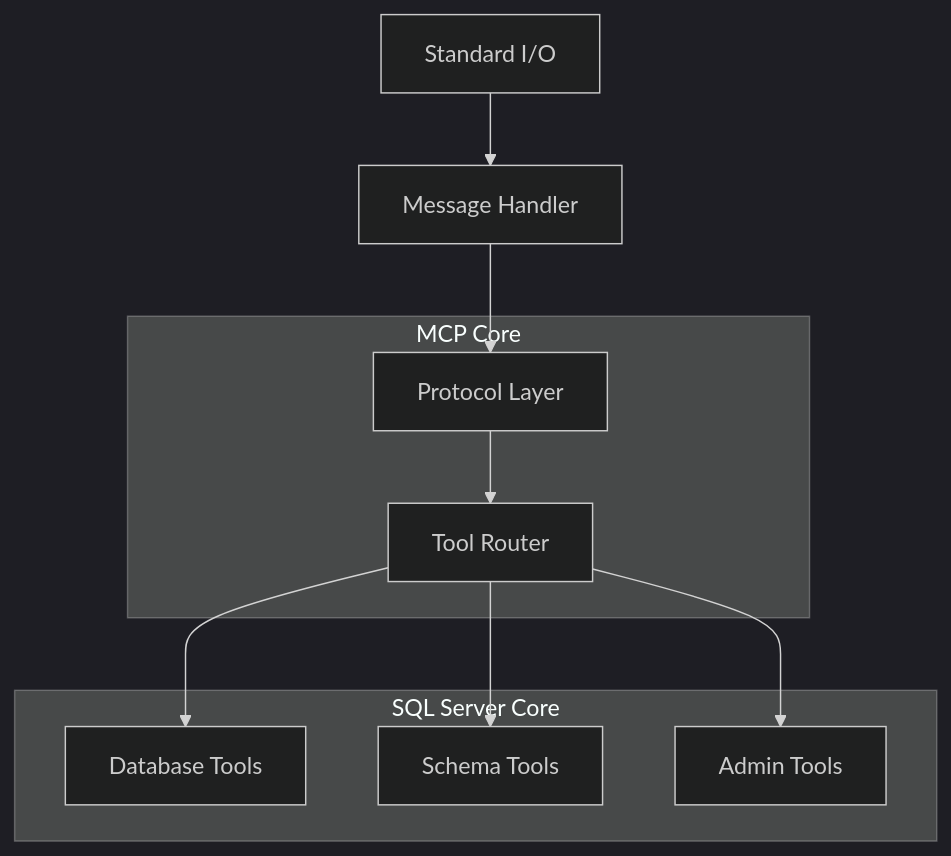
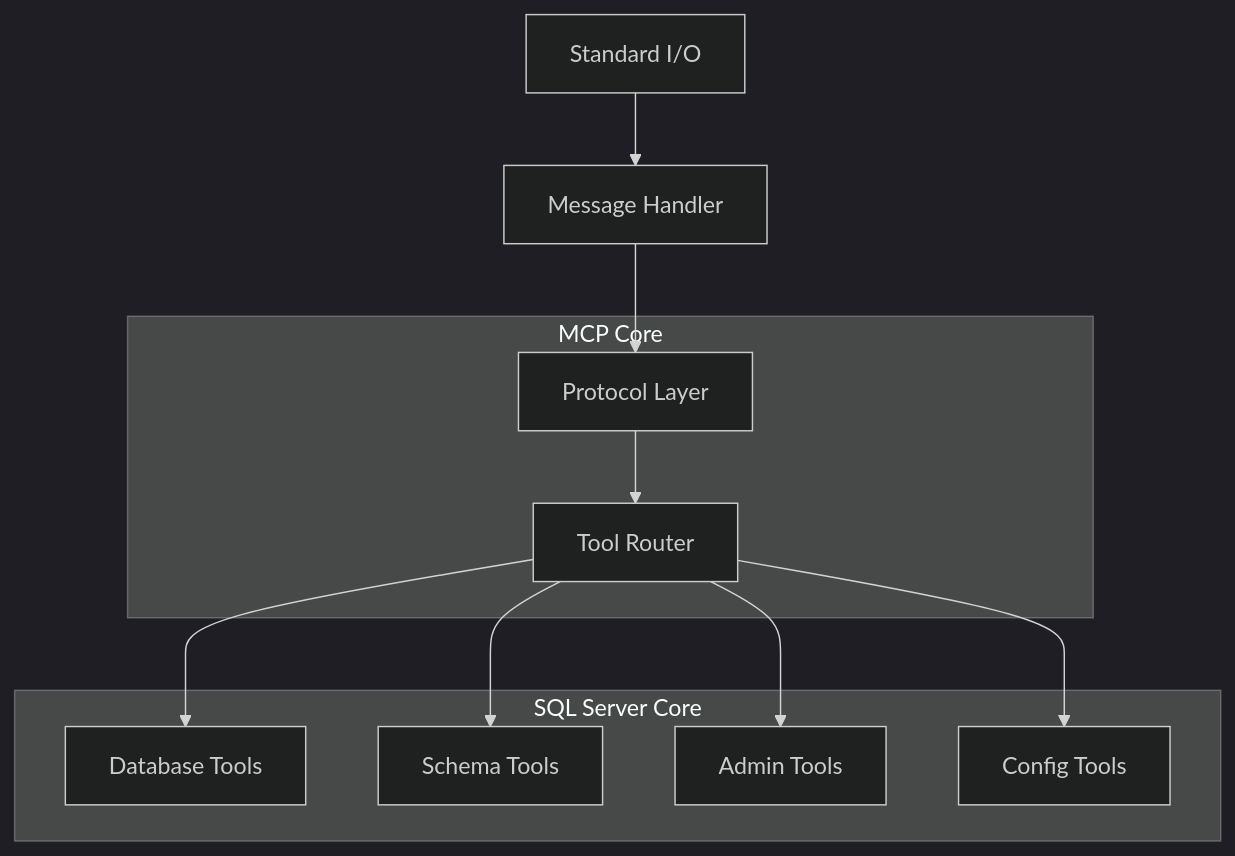
Before and after one commit to AraneaDev/sql-access: the diagram in docs/architecture/mcp-protocol.md, drawn with Mermaid (dark theme). The commit also changed other lines of this file and 113 other files, not shown here.

First line of the commit message:
v2.3.0: Dynamic database management via MCP, CLI installer, ASCII-only cleanup

````diff
--- a/docs/architecture/mcp-protocol.md
+++ b/docs/architecture/mcp-protocol.md
@@ -41,20 +41,22 @@
 ```mermaid
 graph TB
-    StdIO[Standard I/O] --> MessageHandler[Message Handler]
-    MessageHandler --> ProtocolLayer[Protocol Layer]
-    ProtocolLayer --> ToolRouter[Tool Router]
-    ToolRouter --> DatabaseTools[Database Tools]
-    ToolRouter --> SchemaTools[Schema Tools]
-    ToolRouter --> AdminTools[Admin Tools]
-    
-    subgraph "MCP Core"
-        ProtocolLayer
-        ToolRouter
-    end
-    
-    subgraph "SQL Server Core"
-        DatabaseTools
-        SchemaTools
-        AdminTools
-    end
+ StdIO[Standard I/O] --> MessageHandler[Message Handler]
+ MessageHandler --> ProtocolLayer[Protocol Layer]
+ ProtocolLayer --> ToolRouter[Tool Router]
+ ToolRouter --> DatabaseTools[Database Tools]
+ ToolRouter --> SchemaTools[Schema Tools]
+ ToolRouter --> AdminTools[Admin Tools]
+ ToolRouter --> ConfigTools[Config Tools]
+
+ subgraph "MCP Core"
+ ProtocolLayer
+ ToolRouter
+ end
+
+ subgraph "SQL Server Core"
+ DatabaseTools
+ SchemaTools
+ AdminTools
+ ConfigTools
+ end
 ```
````
